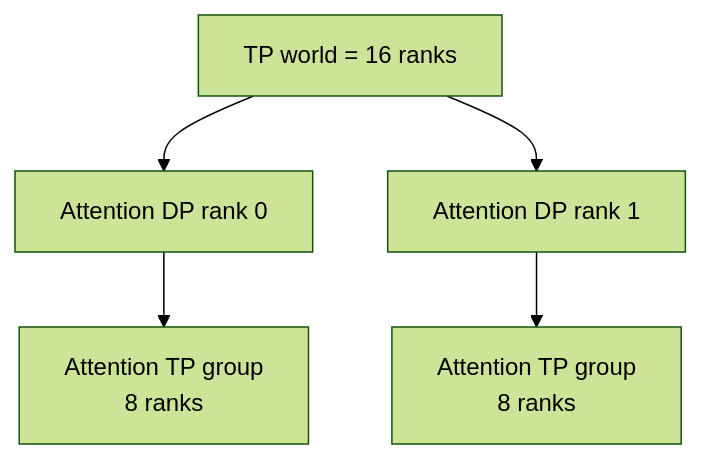
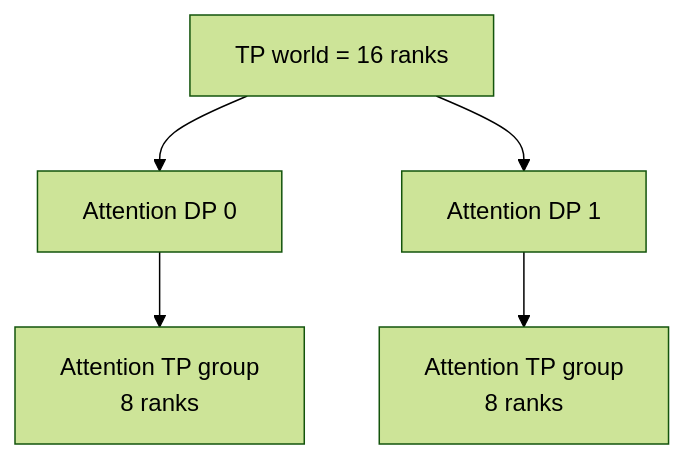
One commit to AkiYangDev/llm-inference-notes changed the first of 2 diagrams in docs/pr-reviews/sglang-pr-39871-attention-parallel-widths.md. Above: the diagram before and after it, drawn with Mermaid (forest theme). The commit also changed other lines of this file and 3 other files, not shown here.

````diff
--- a/docs/pr-reviews/sglang-pr-39871-attention-parallel-widths.md
+++ b/docs/pr-reviews/sglang-pr-39871-attention-parallel-widths.md
@@ -116,10 +186,8 @@
 ```mermaid
 flowchart TB
     W["TP world = 16 ranks"]
-
-    W --> D0["Attention DP rank 0"]
-    W --> D1["Attention DP rank 1"]
-
+    W --> D0["Attention DP 0"]
+    W --> D1["Attention DP 1"]
     D0 --> T0["Attention TP group<br/>8 ranks"]
     D1 --> T1["Attention TP group<br/>8 ranks"]
 ```
````
